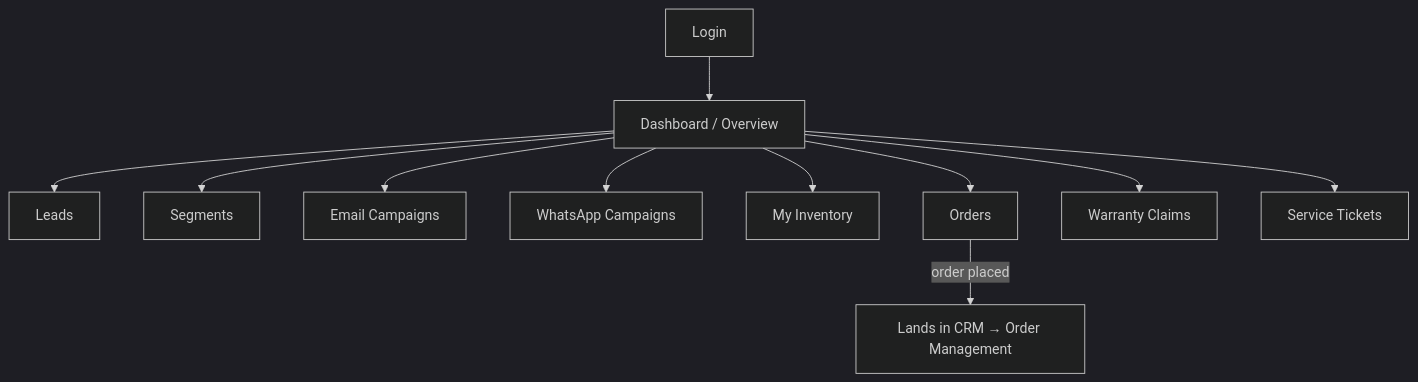
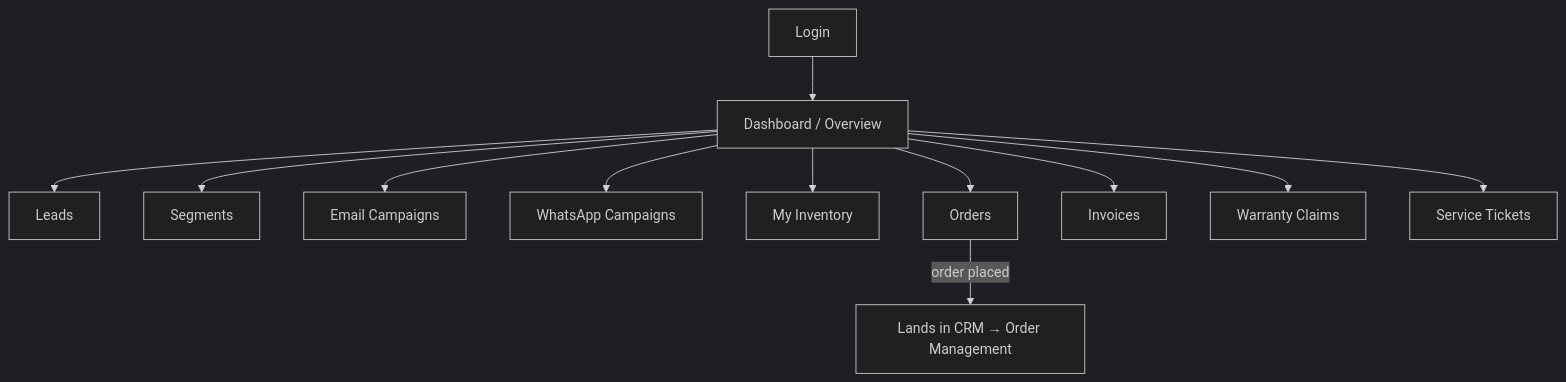
One commit to Rishabh-patidar-dev/EV-CRM- changed the third of 4 diagrams in docs/ARCHITECTURE_AND_FLOWS.md. Above: the diagram before and after it, drawn with Mermaid (dark theme). The commit also changed other lines of this file and 21 other files, not shown here.

````diff
--- a/docs/ARCHITECTURE_AND_FLOWS.md
+++ b/docs/ARCHITECTURE_AND_FLOWS.md
@@ -52,13 +53,14 @@
 ```mermaid
 flowchart TD
   DL["Login"] --> DD["Dashboard / Overview"]
   DD --> P1["Leads"]
   DD --> P2["Segments"]
   DD --> P3["Email Campaigns"]
   DD --> P4["WhatsApp Campaigns"]
   DD --> P5["My Inventory"]
   DD --> P6["Orders"]
+  DD --> P6b["Invoices"]
   DD --> P7["Warranty Claims"]
   DD --> P8["Service Tickets"]
   P6 -->|"order placed"| CRM["Lands in CRM → Order Management"]
 ```
````
